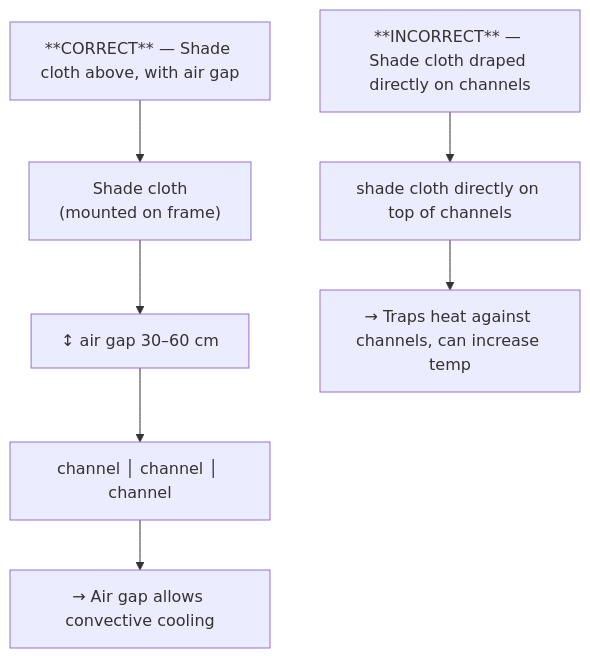
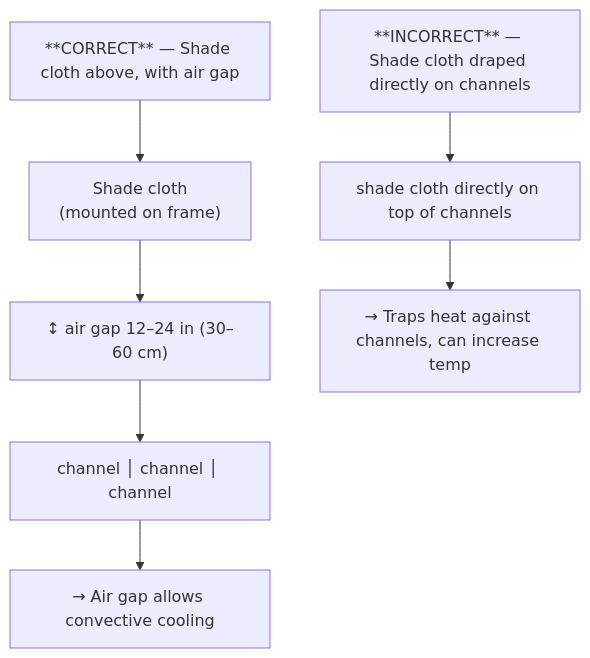
The third of 11 diagrams in guide/nft/10-climate-management.md (UncleJS/guide_hydroponics), drawn with Mermaid before and after one commit. The commit also changed other lines of this file and 35 other files, not shown here.

````diff
--- a/guide/nft/10-climate-management.md
+++ b/guide/nft/10-climate-management.md
@@ -284,15 +299,15 @@
 ```mermaid
 flowchart TD
     A["**CORRECT** — Shade cloth above, with air gap"]
     B["Shade cloth<br/>(mounted on frame)"]
-    C["↕ air gap 30–60 cm"]
+    C["↕ air gap 12–24 in (30–60 cm)"]
     D["channel │ channel │ channel"]
     E["→ Air gap allows convective cooling"]
 
     F["**INCORRECT** — Shade cloth draped directly on channels"]
     G["shade cloth directly on top of channels"]
     H["→ Traps heat against channels, can increase temp"]
 
     A --> B --> C --> D --> E
     F --> G --> H
 ```
````
